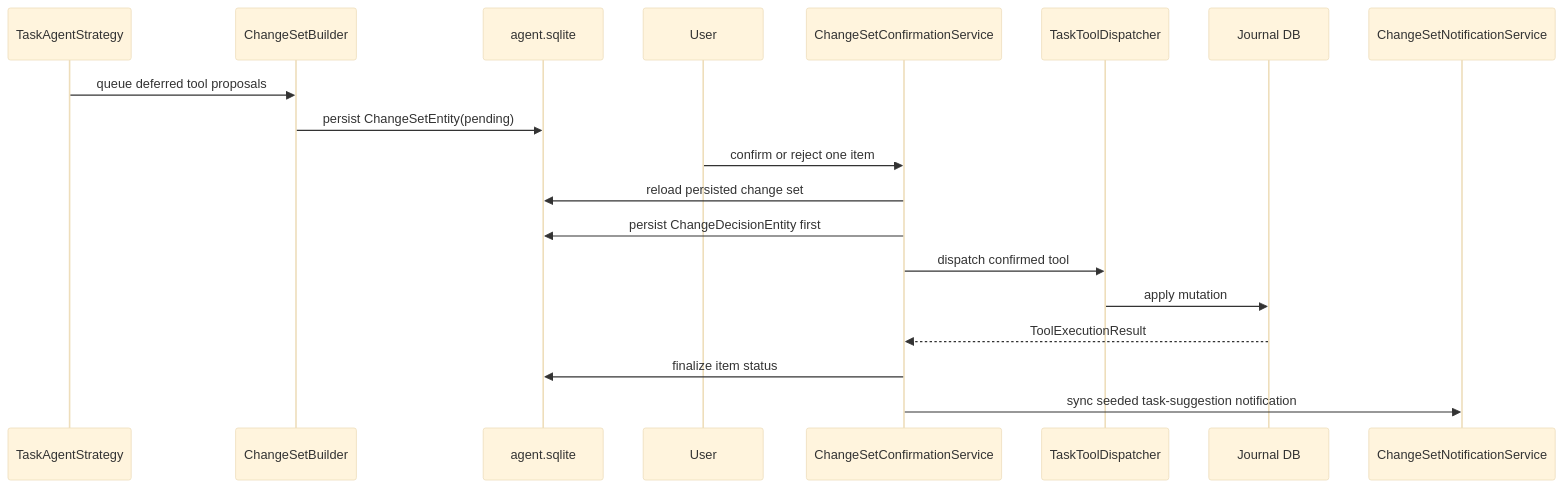
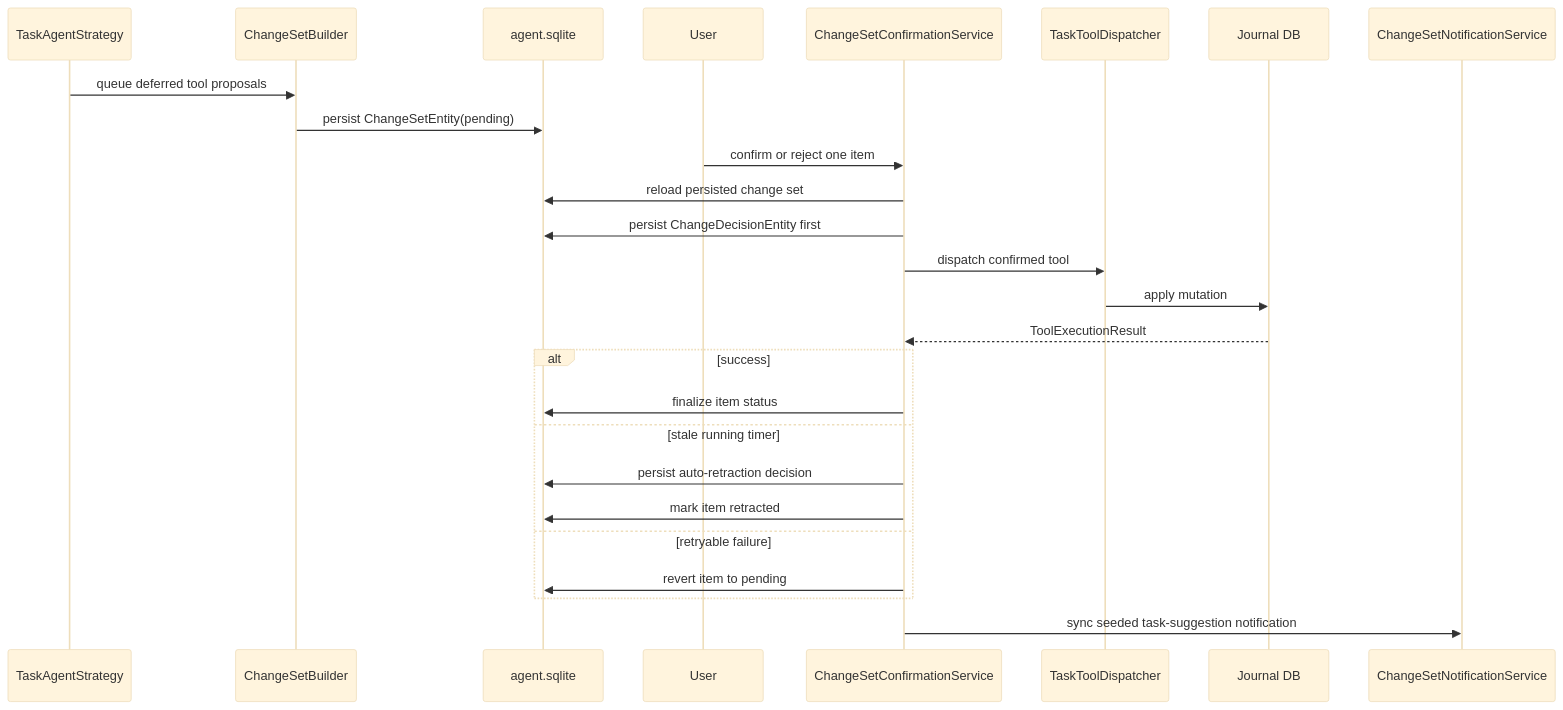
The eighth of 15 diagrams in lib/features/agents/README.md (matthiasn/lotti), drawn with Mermaid (base theme) before and after one commit. The commit also changed other lines of this file and 59 other files, not shown here.

````diff
--- a/lib/features/agents/README.md
+++ b/lib/features/agents/README.md
@@ -564,22 +577,29 @@
 ```mermaid
 sequenceDiagram
   participant Agent as TaskAgentStrategy
   participant Builder as ChangeSetBuilder
   participant Store as agent.sqlite
   participant User as User
   participant Confirm as ChangeSetConfirmationService
   participant Dispatch as TaskToolDispatcher
   participant Journal as Journal DB
   participant Inbox as ChangeSetNotificationService
 
   Agent->>Builder: queue deferred tool proposals
   Builder->>Store: persist ChangeSetEntity(pending)
   User->>Confirm: confirm or reject one item
   Confirm->>Store: reload persisted change set
   Confirm->>Store: persist ChangeDecisionEntity first
   Confirm->>Dispatch: dispatch confirmed tool
   Dispatch->>Journal: apply mutation
   Journal-->>Confirm: ToolExecutionResult
-  Confirm->>Store: finalize item status
+  alt success
+    Confirm->>Store: finalize item status
+  else stale running timer
+    Confirm->>Store: persist auto-retraction decision
+    Confirm->>Store: mark item retracted
+  else retryable failure
+    Confirm->>Store: revert item to pending
+  end
   Confirm->>Inbox: sync seeded task-suggestion notification
 ```
````
